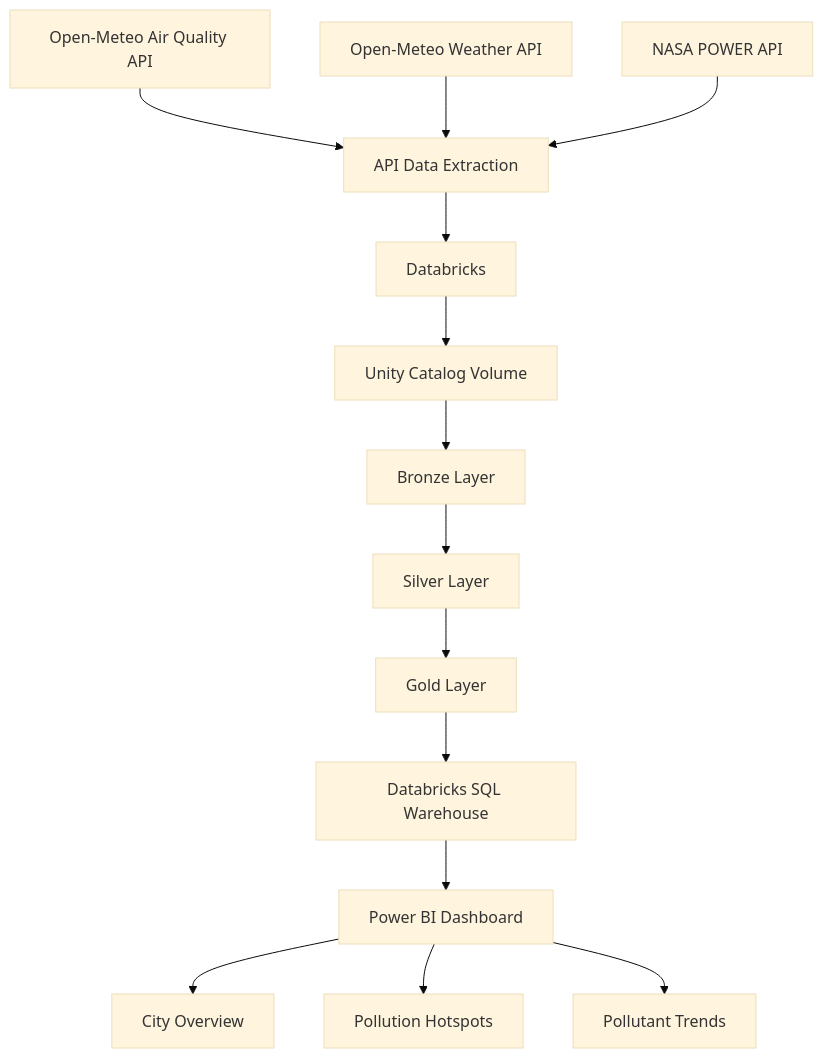
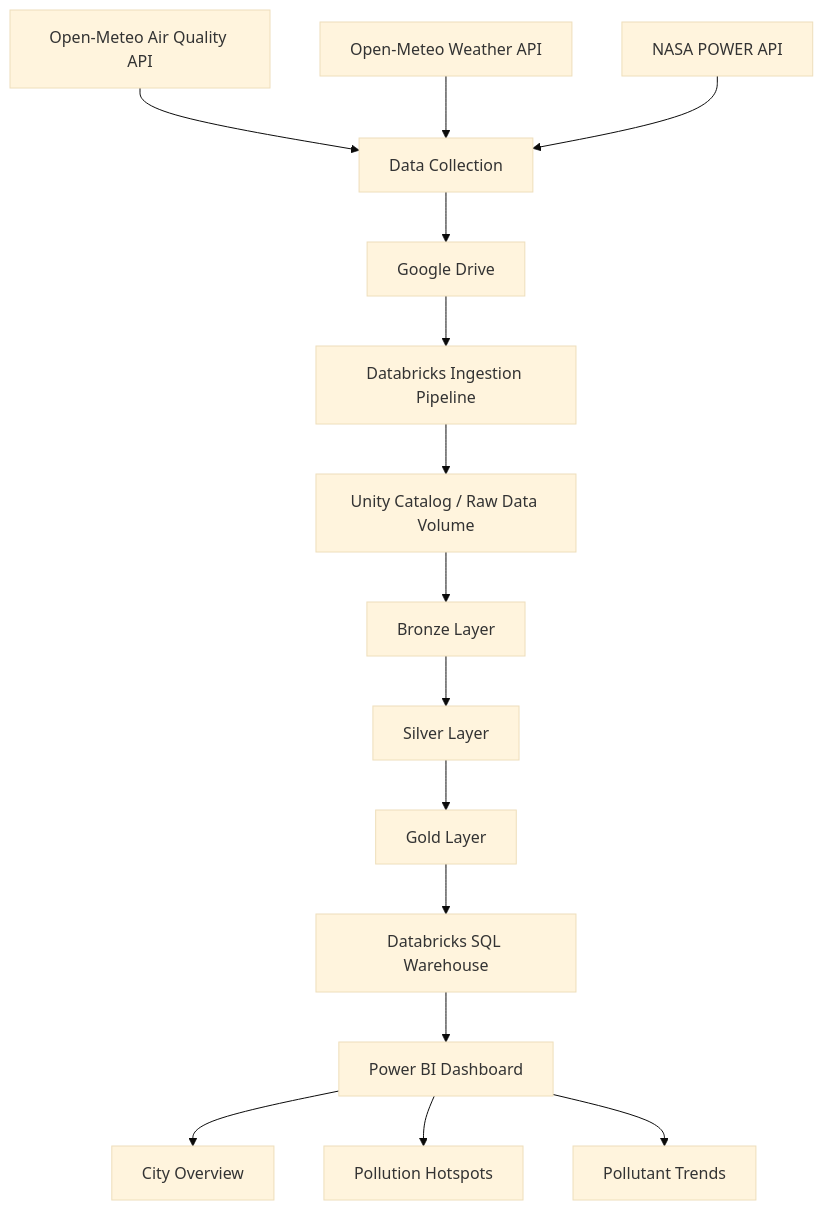
One commit to Anshkr/Smart-city changed the diagram in README.md. Above: the diagram before and after it, drawn with Mermaid (base theme). The commit also changed other lines of this file, not shown here.

First line of the commit message:
Revise README for clarity and Google Drive integration

````diff
--- a/README.md
+++ b/README.md
@@ -46,24 +49,25 @@
 ```mermaid
 flowchart TD
     A["Open-Meteo Air Quality API"]
     B["Open-Meteo Weather API"]
     C["NASA POWER API"]
 
-    A --> D["API Data Extraction"]
+    A --> D["Data Collection"]
     B --> D
     C --> D
 
-    D --> E["Databricks"]
-    E --> F["Unity Catalog Volume"]
-    F --> G["Bronze Layer"]
+    D --> E["Google Drive"]
+    E --> F["Databricks Ingestion Pipeline"]
+    F --> G["Unity Catalog / Raw Data Volume"]
 
-    G --> H["Silver Layer"]
-    H --> I["Gold Layer"]
+    G --> H["Bronze Layer"]
+    H --> I["Silver Layer"]
+    I --> J["Gold Layer"]
 
-    I --> J["Databricks SQL Warehouse"]
-    J --> K["Power BI Dashboard"]
+    J --> K["Databricks SQL Warehouse"]
+    K --> L["Power BI Dashboard"]
 
-    K --> L["City Overview"]
-    K --> M["Pollution Hotspots"]
-    K --> N["Pollutant Trends"]
+    L --> M["City Overview"]
+    L --> N["Pollution Hotspots"]
+    L --> O["Pollutant Trends"]
 ```
````
